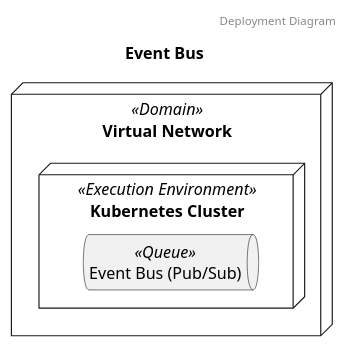
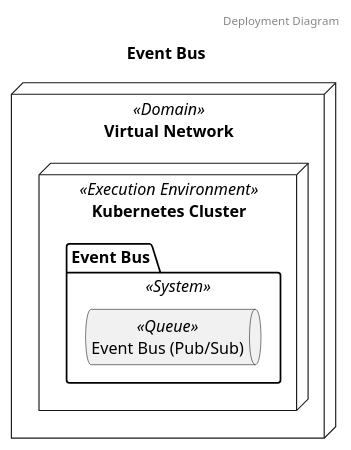
Before and after one commit to garrettsutula/example-trellis-project: the second of 4 diagrams in diagrams/systems/Event_Bus.puml, drawn with PlantUML. The commit also changed 13 other files, not shown here.

```diff
--- a/diagrams/systems/Event_Bus.puml
+++ b/diagrams/systems/Event_Bus.puml
@@ -11,10 +11,12 @@
 @startuml Deployment Diagram Event Bus
 header Deployment Diagram
 title Event Bus
 	node "Virtual Network" as Virtual_Network <<Domain>> {
 		node "Kubernetes Cluster" as Kubernetes_Cluster <<Execution Environment>> {
-			queue "Event Bus (Pub/Sub)" as Event_Bus_Pub_Sub <<Queue>>
+			package "Event Bus" as Event_Bus_Kubernetes_Cluster_package <<System>>{
+				queue "Event Bus (Pub/Sub)" as Event_Bus_Pub_Sub <<Queue>>
+			}
 		}
 	}
 
 @enduml
```
